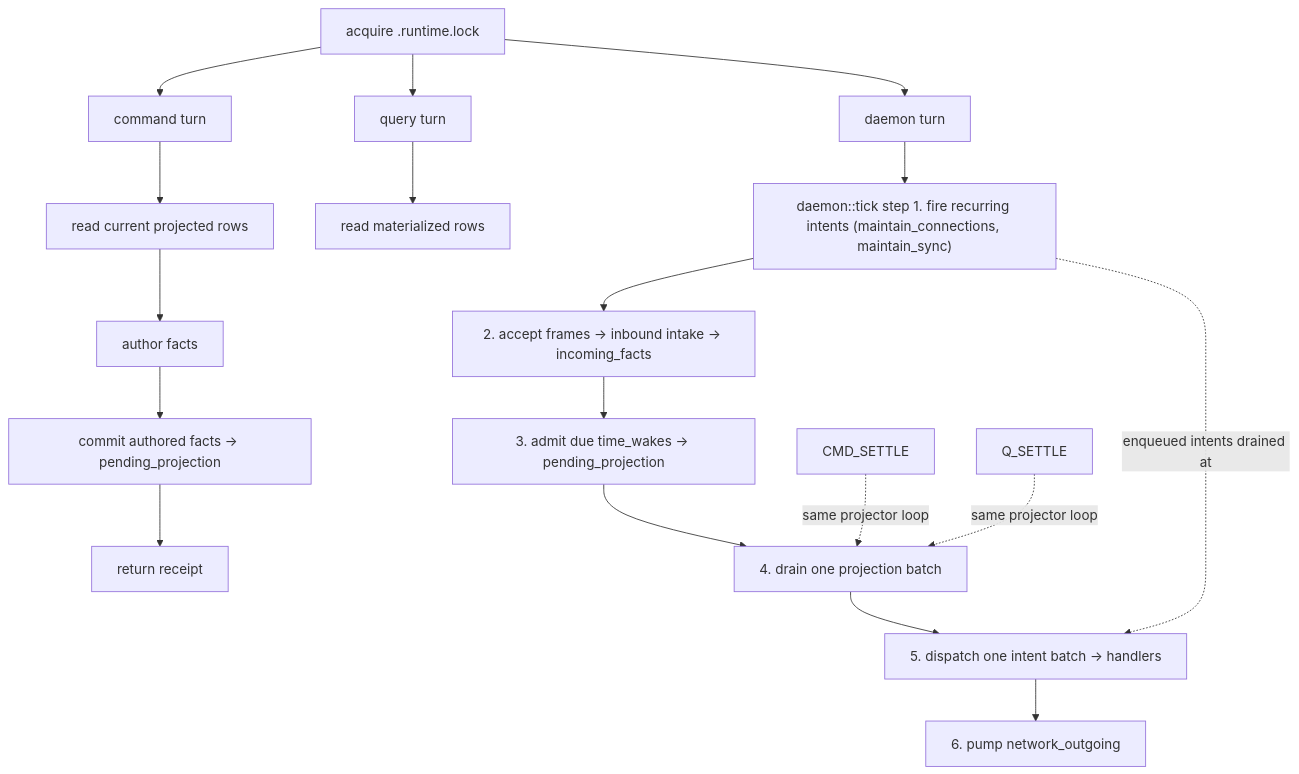
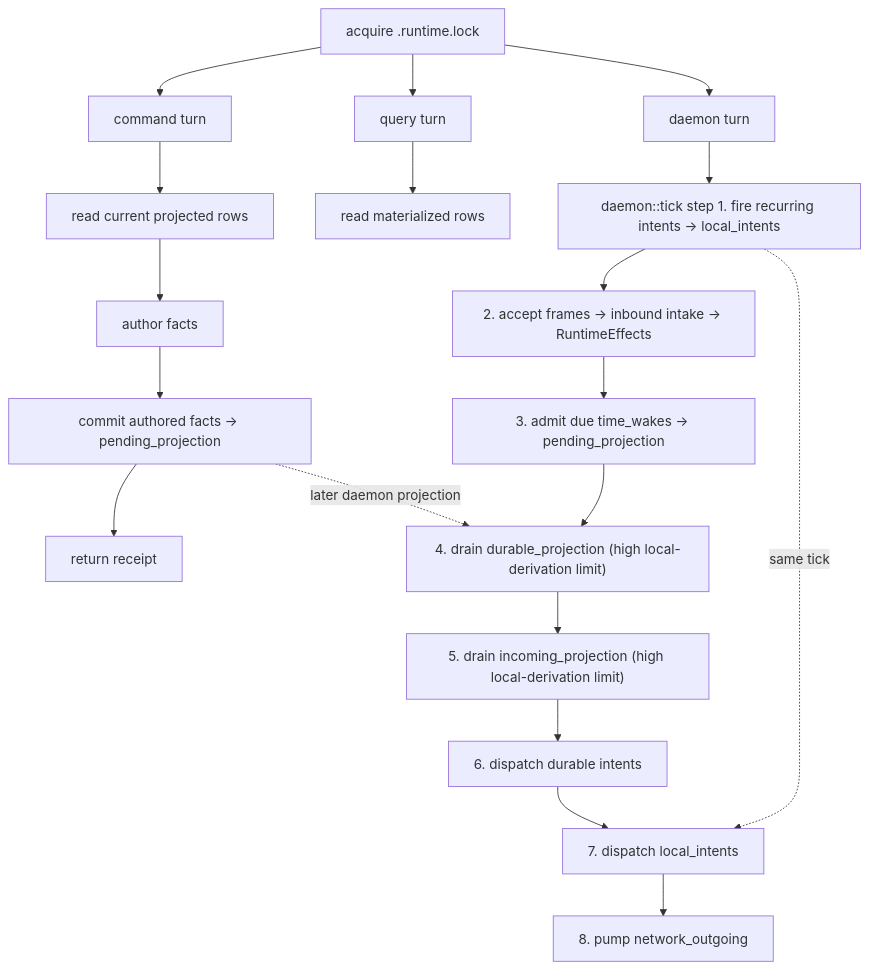
The second of 4 diagrams in ARCHITECTURE_DIAGRAMS.md (holmesworcester/poc-10), drawn with Mermaid before and after one commit. The commit also changed other lines of this file and 2 other files, not shown here.

Commit message:
Update runtime architecture diagrams

````diff
--- a/ARCHITECTURE_DIAGRAMS.md
+++ b/ARCHITECTURE_DIAGRAMS.md
@@ -120,26 +124,27 @@
 ```mermaid
 %%{init: {"flowchart": {"wrappingWidth": 300}} }%%
 flowchart TD
     LOCK["acquire <db>.runtime.lock"]
 
     LOCK --> CMD["command turn"]
     CMD --> READ_INPUTS["read current projected rows"]
     READ_INPUTS --> AUTHOR["author facts"]
     AUTHOR --> COMMIT_FACTS["commit authored facts -> pending_projection"]
     COMMIT_FACTS --> RECEIPT["return receipt"]
 
     LOCK --> Q["query turn"]
     Q --> READ["read materialized rows"]
 
     LOCK --> TICK["daemon turn"]
-    TICK --> T0["daemon::tick step 1. fire recurring intents (maintain_connections, maintain_sync)"]
-    T0 --> T1["2. accept frames -> inbound intake -> incoming_facts"]
+    TICK --> T0["daemon::tick step 1. fire recurring intents -> local_intents"]
+    T0 --> T1["2. accept frames -> inbound intake -> RuntimeEffects"]
     T1 --> T2["3. admit due time_wakes -> pending_projection"]
-    T2 --> T3["4. drain one projection batch"]
-    T3 --> T4["5. dispatch one intent batch -> handlers"]
-    T4 --> T5["6. pump network_outgoing"]
+    T2 --> T3["4. drain durable_projection (high local-derivation limit)"]
+    T3 --> T4["5. drain incoming_projection (high local-derivation limit)"]
+    T4 --> T5["6. dispatch durable intents"]
+    T5 --> T6["7. dispatch local_intents"]
+    T6 --> T7["8. pump network_outgoing"]
 
-    T0 -.enqueued intents drained at.-> T4
-    CMD_SETTLE -.same projector loop.-> T3
-    Q_SETTLE -.same projector loop.-> T3
+    T0 -.same tick.-> T6
+    COMMIT_FACTS -.later daemon projection.-> T3
 ```
````
